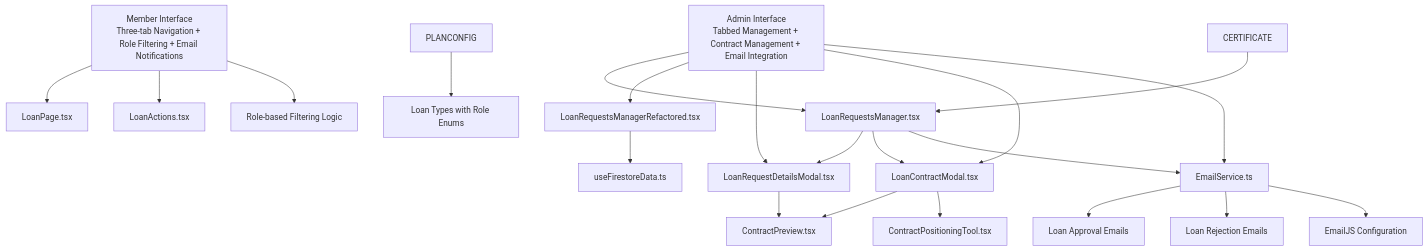
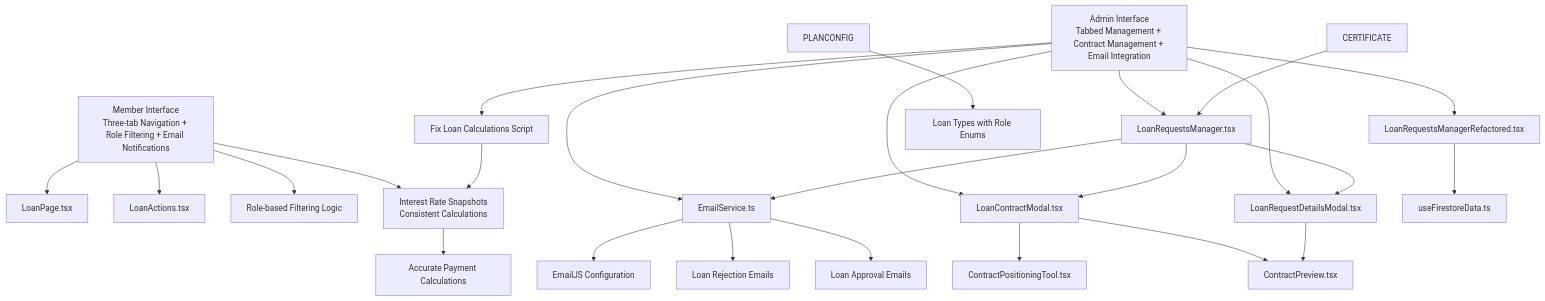
One commit to Unsure-bry/sampacoop_system changed the second of 4 diagrams in .qoder/repowiki/en/content/Project Overview/Core Features & Functionality/Loan Management System.md. Above: the diagram before and after it, drawn with Mermaid. The commit also changed other lines of this file and 9 other files, not shown here.

````diff
--- a/.qoder/repowiki/en/content/Project Overview/Core Features & Functionality/Loan Management System.md
+++ b/.qoder/repowiki/en/content/Project Overview/Core Features & Functionality/Loan Management System.md
@@ -175,23 +185,27 @@
 ```mermaid
 graph TB
 MEMBER["Member Interface<br/>Three-tab Navigation + Role Filtering + Email Notifications"] --> LOANPAGE["LoanPage.tsx"]
 MEMBER --> LOANACTION["LoanActions.tsx"]
 MEMBER --> ROLEFILTER["Role-based Filtering Logic"]
+MEMBER --> INTERESTSNAPSHOT["Interest Rate Snapshots<br/>Consistent Calculations"]
 ADMIN["Admin Interface<br/>Tabbed Management + Contract Management + Email Integration"] --> REQUESTMAN["LoanRequestsManager.tsx"]
 ADMIN --> REFMAN["LoanRequestsManagerRefactored.tsx"]
 ADMIN --> DETAILSMODAL["LoanRequestDetailsModal.tsx"]
 ADMIN --> CONTRACTMODAL["LoanContractModal.tsx"]
 ADMIN --> EMAILSERVICE["EmailService.ts"]
+ADMIN --> FIXSCRIPT["Fix Loan Calculations Script"]
 REQUESTMAN --> DETAILSMODAL
 REQUESTMAN --> CONTRACTMODAL
 REQUESTMAN --> EMAILSERVICE
 REFMAN --> HOOKS["useFirestoreData.ts"]
 CONTRACTMODAL --> CONTRACTPREVIEW["ContractPreview.tsx"]
 CONTRACTMODAL --> POSITIONTOOL["ContractPositioningTool.tsx"]
 DETAILSMODAL --> CONTRACTPREVIEW
 PLANCONFIG --> TYPES["Loan Types with Role Enums"]
 CERTIFICATE --> REQUESTMAN
 EMAILSERVICE --> APPROVAL["Loan Approval Emails"]
 EMAILSERVICE --> REJECTION["Loan Rejection Emails"]
 EMAILSERVICE --> CONFIG["EmailJS Configuration"]
+FIXSCRIPT --> INTERESTSNAPSHOT
+INTERESTSNAPSHOT --> CALCULATIONS["Accurate Payment Calculations"]
 ```
````
